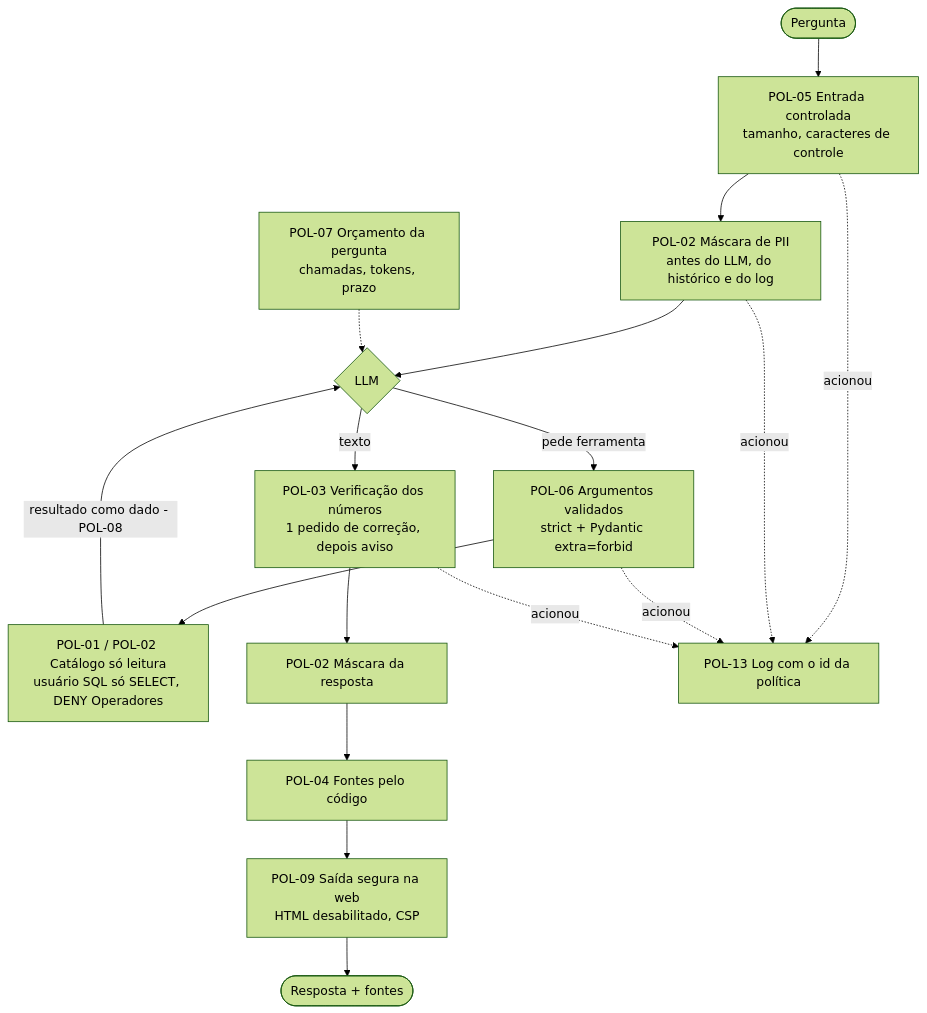
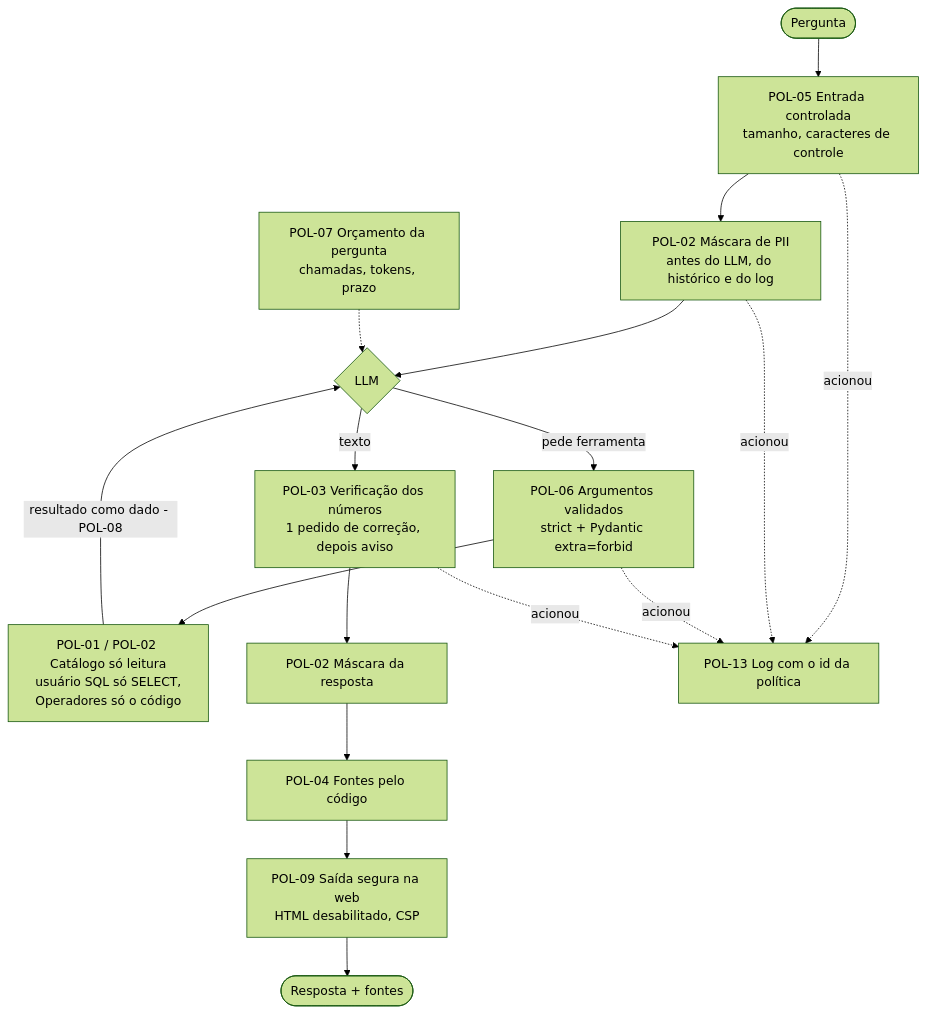
One commit to campagsi/data-science-ia changed the third of 3 diagrams in docs/agente/guardrails-e-owasp.md. Above: the diagram before and after it, drawn with Mermaid (forest theme). The commit also changed other lines of this file and 46 other files, not shown here.

````diff
--- a/docs/agente/guardrails-e-owasp.md
+++ b/docs/agente/guardrails-e-owasp.md
@@ -246,16 +246,16 @@
 ```mermaid
 flowchart TB
     P([Pergunta]) --> E1[POL-05 Entrada controlada<br/>tamanho, caracteres de controle]
     E1 --> E2[POL-02 Máscara de PII<br/>antes do LLM, do histórico e do log]
     E2 --> L{LLM}
     L -->|pede ferramenta| A1[POL-06 Argumentos validados<br/>strict + Pydantic extra=forbid]
-    A1 --> A2[POL-01 / POL-02 Catálogo só leitura<br/>usuário SQL só SELECT, DENY Operadores]
+    A1 --> A2[POL-01 / POL-02 Catálogo só leitura<br/>usuário SQL só SELECT,<br/>Operadores só o código]
     A2 -->|resultado como dado - POL-08| L
     X[POL-07 Orçamento da pergunta<br/>chamadas, tokens, prazo] -.-> L
     L -->|texto| S1[POL-03 Verificação dos números<br/>1 pedido de correção, depois aviso]
     S1 --> S2[POL-02 Máscara da resposta]
     S2 --> S3[POL-04 Fontes pelo código]
     S3 --> W[POL-09 Saída segura na web<br/>HTML desabilitado, CSP]
     W --> R([Resposta + fontes])
     E1 & E2 & A1 & S1 -.->|acionou| LOG[POL-13 Log com o id da política]
 ```
````
